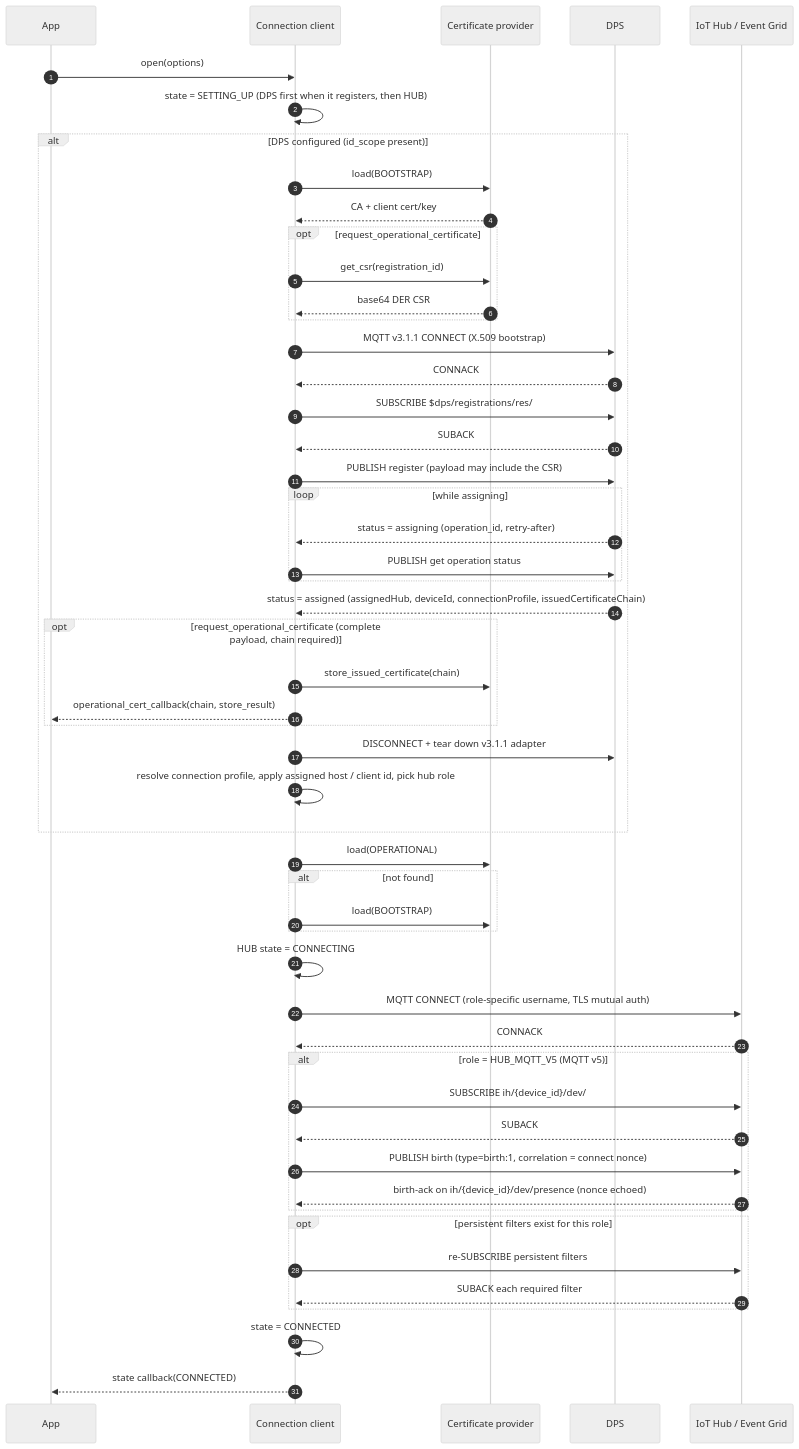
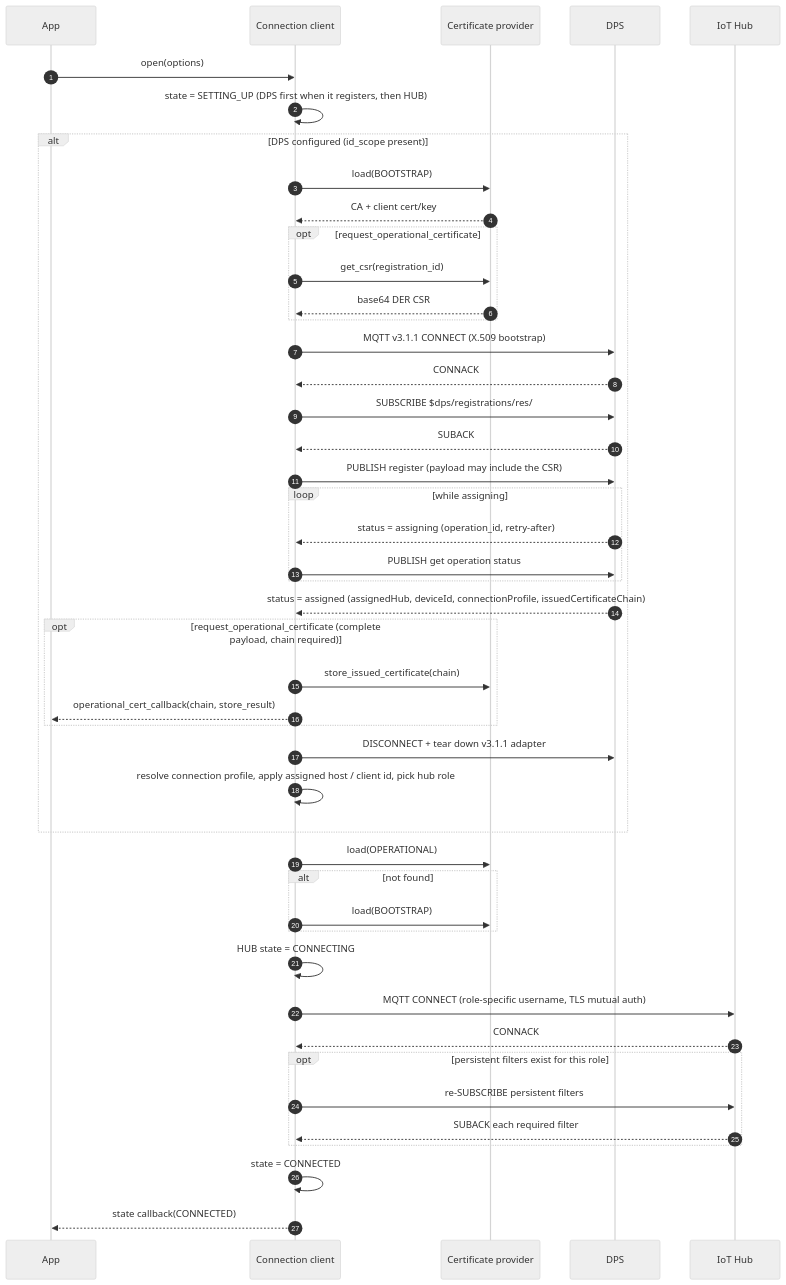
The third of 7 diagrams in c/docs/eng/connection.md (Azure/azure-iot-sdk), drawn with Mermaid (neutral theme) before and after one commit. The commit also changed other lines of this file and 19 other files, not shown here.

````diff
--- a/c/docs/eng/connection.md
+++ b/c/docs/eng/connection.md
@@ -102,59 +101,52 @@
 ```mermaid
 sequenceDiagram
     autonumber
     participant App
     participant Conn as Connection client
     participant Cert as Certificate provider
     participant DPS
-    participant Hub as IoT Hub / Event Grid
+    participant Hub as IoT Hub
 
     App->>Conn: open(options)
     Conn->>Conn: state = SETTING_UP (DPS first when it registers, then HUB)
 
     alt DPS configured (id_scope present)
         Conn->>Cert: load(BOOTSTRAP)
         Cert-->>Conn: CA + client cert/key
         opt request_operational_certificate
             Conn->>Cert: get_csr(registration_id)
             Cert-->>Conn: base64 DER CSR
         end
         Conn->>DPS: MQTT v3.1.1 CONNECT (X.509 bootstrap)
         DPS-->>Conn: CONNACK
         Conn->>DPS: SUBSCRIBE $dps/registrations/res/#
         DPS-->>Conn: SUBACK
         Conn->>DPS: PUBLISH register (payload may include the CSR)
         loop while assigning
             DPS-->>Conn: status = assigning (operation_id, retry-after)
             Conn->>DPS: PUBLISH get operation status
         end
         DPS-->>Conn: status = assigned (assignedHub, deviceId, connectionProfile, issuedCertificateChain)
         opt request_operational_certificate (complete payload, chain required)
             Conn->>Cert: store_issued_certificate(chain)
             Conn-->>App: operational_cert_callback(chain, store_result)
         end
         Conn->>DPS: DISCONNECT + tear down v3.1.1 adapter
         Conn->>Conn: resolve connection profile, apply assigned host / client id, pick hub role
     end
 
     Conn->>Cert: load(OPERATIONAL)
     alt not found
         Conn->>Cert: load(BOOTSTRAP)
     end
     Conn->>Conn: HUB state = CONNECTING
     Conn->>Hub: MQTT CONNECT (role-specific username, TLS mutual auth)
     Hub-->>Conn: CONNACK
 
-    alt role = HUB_MQTT_V5 (MQTT v5)
-        Conn->>Hub: SUBSCRIBE ih/{device_id}/dev/# (QoS 1)
-        Hub-->>Conn: SUBACK
-        Conn->>Hub: PUBLISH birth (type=birth:1, correlation = connect nonce)
-        Hub-->>Conn: birth-ack on ih/{device_id}/dev/presence (nonce echoed)
-    end
-
     opt persistent filters exist for this role
       Conn->>Hub: re-SUBSCRIBE persistent filters
       Hub-->>Conn: SUBACK each required filter
     end
     Conn->>Conn: state = CONNECTED
     Conn-->>App: state callback(CONNECTED)
 ```
````
